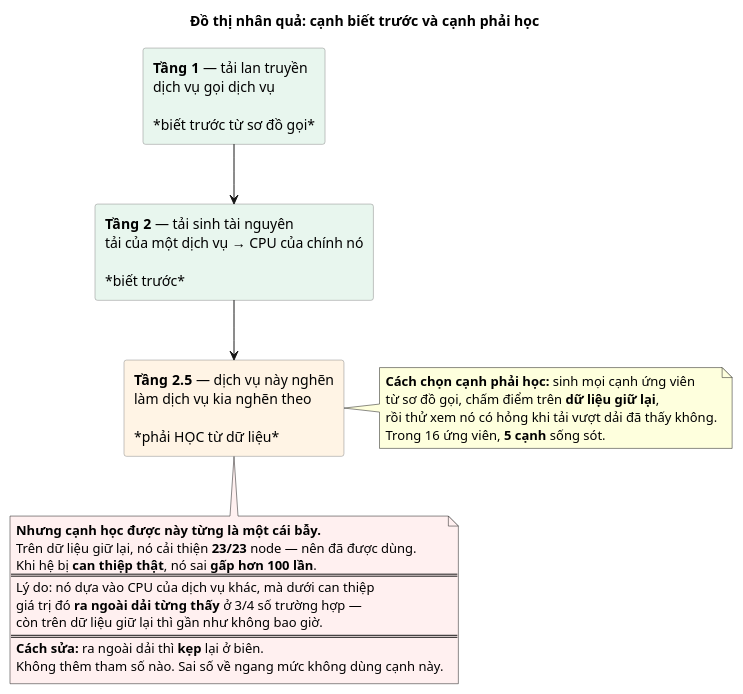
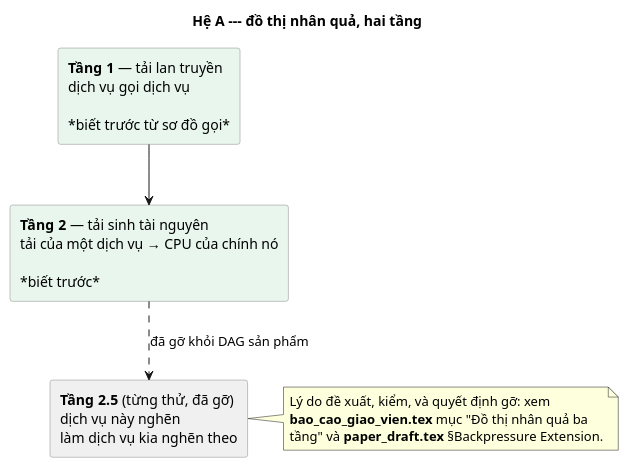
Before and after one commit to kkyaha/NCKH: the diagram in papers/p1_du_phong/docs/figures/puml/20_he_A_ba_tang.puml, drawn with PlantUML. The commit also changed 25 other files, not shown here.

Commit message:
feat: add chain validation for SCM and update evaluation docs and diagrams

```diff
--- a/papers/p1_du_phong/docs/figures/puml/20_he_A_ba_tang.puml
+++ b/papers/p1_du_phong/docs/figures/puml/20_he_A_ba_tang.puml
@@ -1,36 +1,22 @@
 @startuml
-' MOTA: Khối 2 — ba tầng đồ thị nhân quả, và cạnh duy nhất phải học từ dữ liệu
+' MOTA: Khoi 2 -- kien truc do thi nhan qua cua He A (2 tang trong DAG san pham)
 skinparam defaultFontName Helvetica
 skinparam shadowing false
 skinparam rectangle {
   BorderColor #888888
 }
-title Đồ thị nhân quả: cạnh **biết trước** và cạnh **phải học**
+title Hệ A --- đồ thị nhân quả, hai tầng
 
 rectangle "**Tầng 1** — tải lan truyền\ndịch vụ gọi dịch vụ\n\n*biết trước từ sơ đồ gọi*" as T1 #E8F6EE
 rectangle "**Tầng 2** — tải sinh tài nguyên\ntải của một dịch vụ → CPU của chính nó\n\n*biết trước*" as T2 #E8F6EE
-rectangle "**Tầng 2.5** — dịch vụ này nghẽn\nlàm dịch vụ kia nghẽn theo\n\n*phải HỌC từ dữ liệu*" as T25 #FFF4E5
+rectangle "**Tầng 2.5** (từng thử, đã gỡ)\ndịch vụ này nghẽn\nlàm dịch vụ kia nghẽn theo" as T25 #F0F0F0
 
 T1 -down-> T2
-T2 -down-> T25
+T2 .down.> T25 : đã gỡ khỏi DAG sản phẩm
 
 note right of T25
-  **Cách chọn cạnh phải học:** sinh mọi cạnh ứng viên
-  từ sơ đồ gọi, chấm điểm trên **dữ liệu giữ lại**,
-  rồi thử xem nó có hỏng khi tải vượt dải đã thấy không.
-  Trong 16 ứng viên, **5 cạnh** sống sót.
-end note
-
-note bottom of T25 #FFF0F0
-  **Nhưng cạnh học được này từng là một cái bẫy.**
-  Trên dữ liệu giữ lại, nó cải thiện **23/23** node — nên đã được dùng.
-  Khi hệ bị **can thiệp thật**, nó sai **gấp hơn 100 lần**.
-  ====
-  Lý do: nó dựa vào CPU của dịch vụ khác, mà dưới can thiệp
-  giá trị đó **ra ngoài dải từng thấy** ở 3/4 số trường hợp —
-  còn trên dữ liệu giữ lại thì gần như không bao giờ.
-  ====
-  **Cách sửa:** ra ngoài dải thì **kẹp** lại ở biên.
-  Không thêm tham số nào. Sai số về ngang mức không dùng cạnh này.
+  Lý do đề xuất, kiểm, và quyết định gỡ: xem
+  **bao_cao_giao_vien.tex** mục "Đồ thị nhân quả ba
+  tầng" và **paper_draft.tex** §Backpressure Extension.
 end note
 @enduml
```
